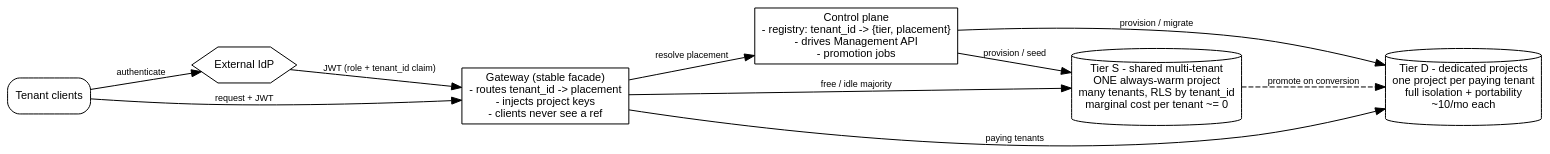
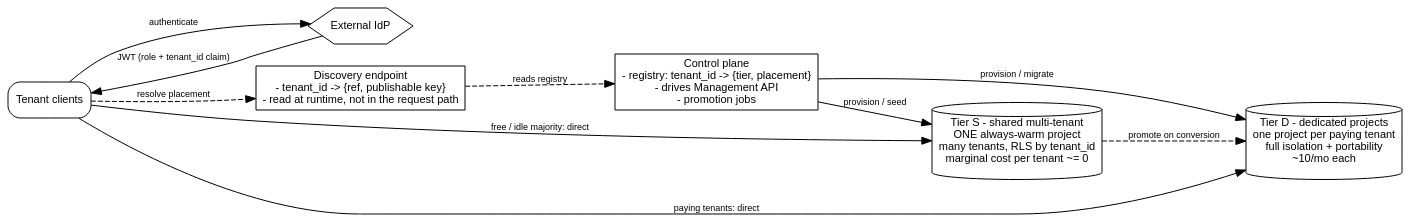
One commit to erfianugrah/lexicanum changed the diagram in src/content/docs/reference/supabase-multitenant-platform.mdx. Above: the diagram before and after it, drawn with Graphviz. The commit also changed other lines of this file and 2 other files, not shown here.

````diff
--- a/src/content/docs/reference/supabase-multitenant-platform.mdx
+++ b/src/content/docs/reference/supabase-multitenant-platform.mdx
@@ -89,25 +89,25 @@
 ```dot
 digraph {
   rankdir=LR; bgcolor="transparent"; compound=true; nodesep=0.3; ranksep=0.7;
   fontname="Helvetica,Arial,sans-serif";
   node [fontname="Helvetica,Arial,sans-serif", fontsize=11, shape=box];
   edge [fontname="Helvetica,Arial,sans-serif", fontsize=9];
 
   client [label="Tenant clients", shape=box, style=rounded];
   idp    [label="External IdP", shape=hexagon];
-  gw     [label="Gateway (stable facade)\n- routes tenant_id -> placement\n- injects project keys\n- clients never see a ref"];
+  disc   [label="Discovery endpoint\n- tenant_id -> {ref, publishable key}\n- read at runtime, not in the request path"];
   cp     [label="Control plane\n- registry: tenant_id -> {tier, placement}\n- drives Management API\n- promotion jobs"];
   tierS  [label="Tier S - shared multi-tenant\nONE always-warm project\nmany tenants, RLS by tenant_id\nmarginal cost per tenant ~= 0", shape=cylinder];
   tierD  [label="Tier D - dedicated projects\none project per paying tenant\nfull isolation + portability\n~10/mo each", shape=cylinder];
 
   client -> idp   [label="authenticate"];
-  client -> gw    [label="request + JWT"];
-  idp    -> gw    [label="JWT (role + tenant_id claim)"];
-  gw     -> cp    [label="resolve placement"];
-  gw     -> tierS [label="free / idle majority"];
-  gw     -> tierD [label="paying tenants"];
+  idp    -> client [label="JWT (role + tenant_id claim)"];
+  client -> disc  [label="resolve placement", style=dashed];
+  disc   -> cp    [label="reads registry", style=dashed];
+  client -> tierS [label="free / idle majority: direct"];
+  client -> tierD [label="paying tenants: direct"];
   tierS  -> tierD [label="promote on conversion", style=dashed];
   cp     -> tierS [label="provision / seed"];
   cp     -> tierD [label="provision / migrate"];
 }
 ```
````
